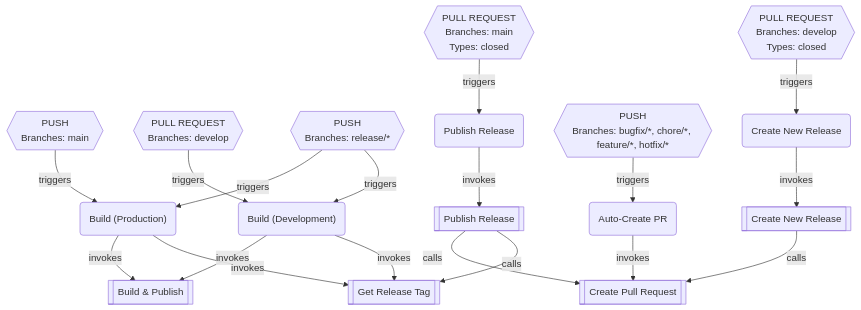
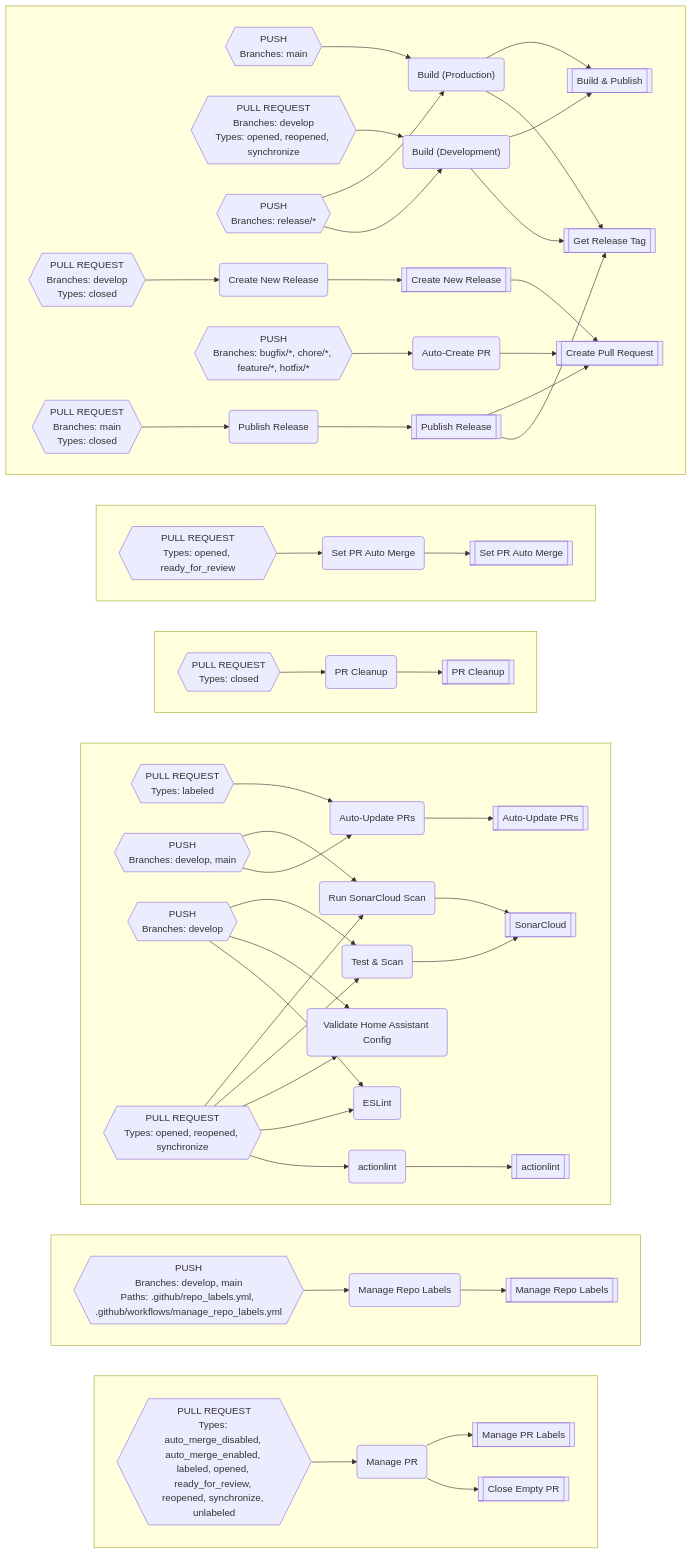
One commit to worgarside/github-config-files changed the diagram in README.md. Above: the diagram before and after it, drawn with Mermaid. The commit also changed other lines of this file and 3 other files, not shown here.

Commit message:
Update chart display

````diff
--- a/README.md
+++ b/README.md
@@ -483,27 +396,104 @@
 ```mermaid
-flowchart TB
-ED-- triggers -->DI
-DB-- triggers -->DA
-DA-- invokes -->AB
-DA-- invokes -->D
-DZ-- triggers -->DA
-DZ-- triggers -->DI
-DI-- invokes -->AB
-DI-- invokes -->D
-CN-- triggers -->CL
-CL-- invokes -->O
-O-- calls -->X
-BP-- triggers -->BO
-BO-- invokes -->X
-CU-- triggers -->CT
-CT-- invokes -->AW
-AW-- calls -->AB
-AW-- calls -->X
+flowchart LR
+subgraph EV[" "]
+direction LR
+BS-->BR
+BR-->AE
+BR-->K
+end
+subgraph EW[" "]
+direction LR
+BX-->BW
+BW-->AM
+end
+subgraph EX[" "]
+direction LR
+CB-->CA
+CA-->AP
+CC-->CA
+CC-->ER
+DF-->DE
+DF-->DP
+DF-->EJ
+EJ-->BH
+ER-->BH
+BL-->BK
+BL-->DE
+BL-->DP
+BL-->EJ
+BL-->ER
+BK-->A
+end
+subgraph EY[" "]
+direction LR
+CF-->CE
+CE-->AS
+end
+subgraph EZ[" "]
+direction LR
+CI-->CH
+CH-->BC
+end
+subgraph FA[" "]
+direction LR
+ED-->DI
+DB-->DA
+DA-->AB
+DA-->D
+DZ-->DA
+DZ-->DI
+DI-->AB
+DI-->D
+CN-->CL
+CL-->O
+O-->X
+BP-->BO
+BO-->X
+CU-->CT
+CT-->AW
+AW-->AB
+AW-->X
+end
+A[["actionlint"]]
 AB[["Get Release Tag"]]
+AE[["Manage PR Labels"]]
+AM[["Manage Repo Labels"]]
+AP[["Auto-Update PRs"]]
+AS[["PR Cleanup"]]
 AW[["Publish Release"]]
+BC[["Set PR Auto Merge"]]
+BH[["SonarCloud"]]
+BK("actionlint")
+BL{{"PULL REQUEST
+Types: opened, reopened, synchronize
+"}}
 BO("Auto-Create PR")
 BP{{"PUSH
 Branches: bugfix/*, chore/*, feature/*, hotfix/*
+"}}
+BR("Manage PR")
+BS{{"PULL REQUEST
+Types: auto_merge_disabled, auto_merge_enabled, labeled, opened, ready_for_review, reopened, synchronize, unlabeled
+"}}
+BW("Manage Repo Labels")
+BX{{"PUSH
+Branches: develop, main
+Paths: .github/repo_labels.yml, .github/workflows/manage_repo_labels.yml
+"}}
+CA("Auto-Update PRs")
+CB{{"PULL REQUEST
+Types: labeled
+"}}
+CC{{"PUSH
+Branches: develop, main
+"}}
+CE("PR Cleanup")
+CF{{"PULL REQUEST
+Types: closed
+"}}
+CH("Set PR Auto Merge")
+CI{{"PULL REQUEST
+Types: opened, ready_for_review
 "}}
 CL("Create New Release")
 CN{{"PULL REQUEST
@@ -519,14 +509,23 @@
 DA("Build (Development)")
 DB{{"PULL REQUEST
 Branches: develop
+Types: opened, reopened, synchronize
+"}}
+DE("ESLint")
+DF{{"PUSH
+Branches: develop
 "}}
 DI("Build (Production)")
+DP("Validate Home Assistant Config")
 DZ{{"PUSH
 Branches: release/*
 "}}
 ED{{"PUSH
 Branches: main
 "}}
+EJ("Test & Scan")
+ER("Run SonarCloud Scan")
+K[["Close Empty PR"]]
 O[["Create New Release"]]
 X[["Create Pull Request"]]
 ```
````
